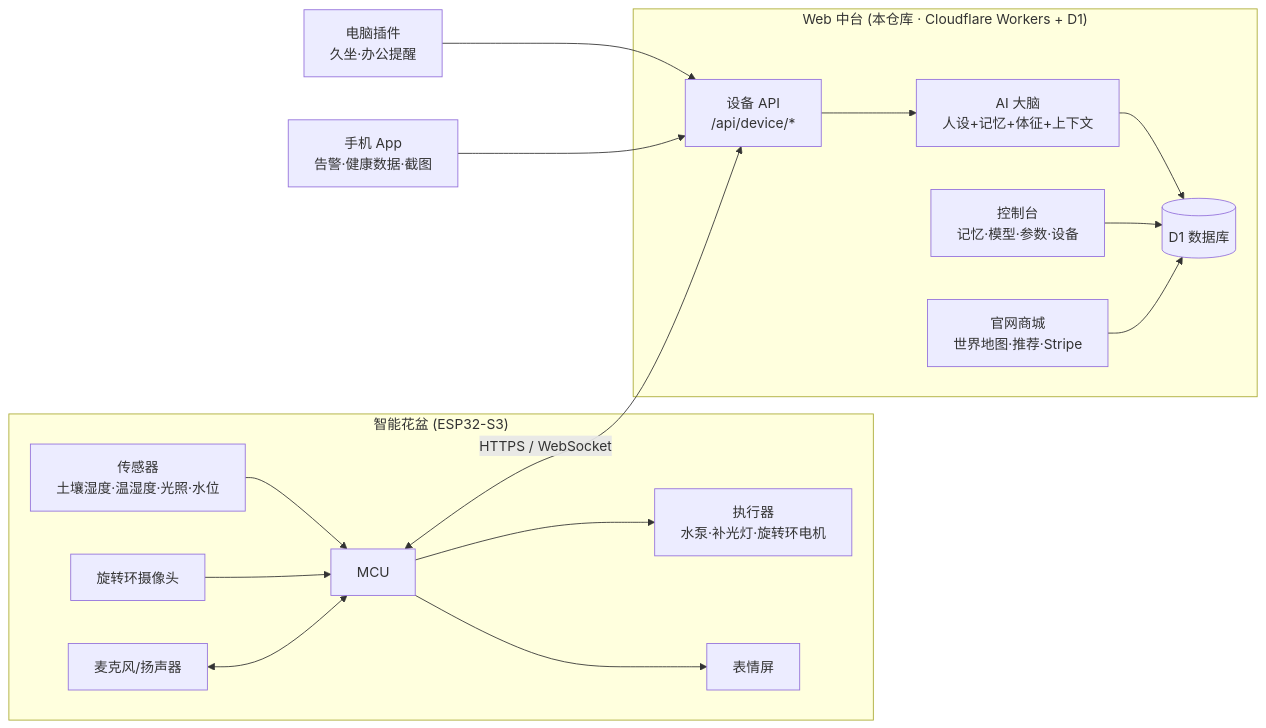
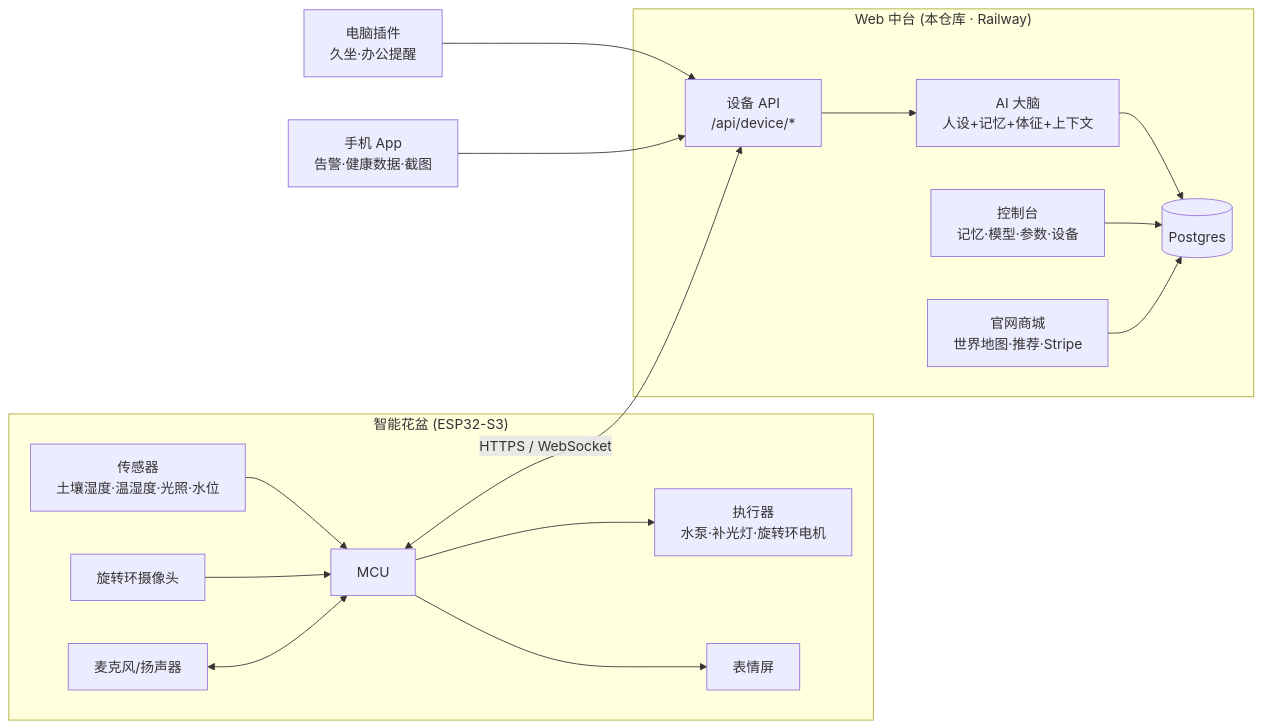
Before and after one commit to AkinoHu/oeeoee: the diagram in docs/PLAN.md, drawn with Mermaid. The commit also changed other lines of this file and 32 other files, not shown here.

First line of the commit message:
Revert to Railway + Postgres hosting; oeeoee.com DNS stays on Cloudflare

````diff
--- a/docs/PLAN.md
+++ b/docs/PLAN.md
@@ -22,23 +22,23 @@
 ```mermaid
 flowchart LR
   subgraph Pot["智能花盆 (ESP32-S3)"]
     S[传感器<br/>土壤湿度·温湿度·光照·水位] --> MCU
     MCU --> A[执行器<br/>水泵·补光灯·旋转环电机]
     Cam[旋转环摄像头] --> MCU
     Mic[麦克风/扬声器] <--> MCU
     MCU --> Face[表情屏]
   end
-  subgraph Cloud["Web 中台 (本仓库 · Cloudflare Workers + D1)"]
+  subgraph Cloud["Web 中台 (本仓库 · Railway)"]
     API[设备 API<br/>/api/device/*]
     Brain[AI 大脑<br/>人设+记忆+体征+上下文]
-    DB[(D1 数据库)]
+    DB[(Postgres)]
     Console[控制台<br/>记忆·模型·参数·设备]
     Shop[官网商城<br/>世界地图·推荐·Stripe]
   end
   Desk[电脑插件<br/>久坐·办公提醒] --> API
   App[手机 App<br/>告警·健康数据·截图] --> API
   MCU <-->|HTTPS / WebSocket| API
   API --> Brain --> DB
   Console --> DB
   Shop --> DB
 ```
````
